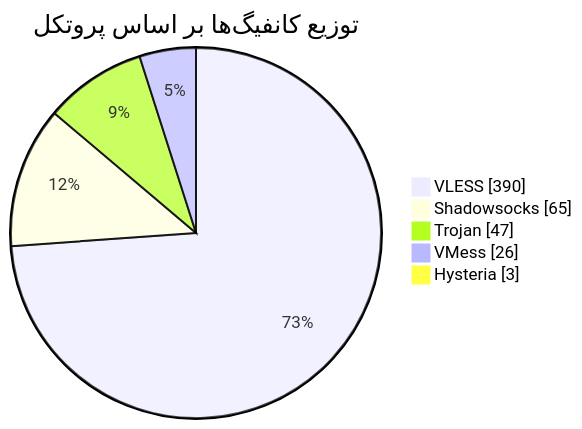
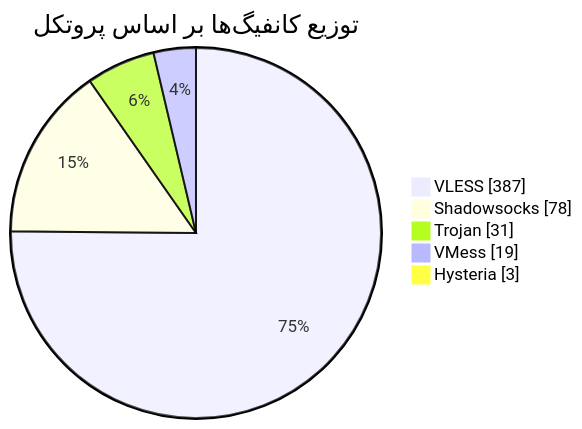
Before and after one commit to Arian-Alijani/Somthing: the diagram in README.md, drawn with Mermaid. The commit also changed other lines of this file and 79 other files, not shown here.

````diff
--- a/README.md
+++ b/README.md
@@ -47,9 +47,9 @@
 ```mermaid
 pie showData
     title توزیع کانفیگ‌ها بر اساس پروتکل
-    "VLESS" : 390
-    "Shadowsocks" : 65
-    "Trojan" : 47
-    "VMess" : 26
+    "VLESS" : 387
+    "Shadowsocks" : 78
+    "Trojan" : 31
+    "VMess" : 19
     "Hysteria" : 3
 ```
````
